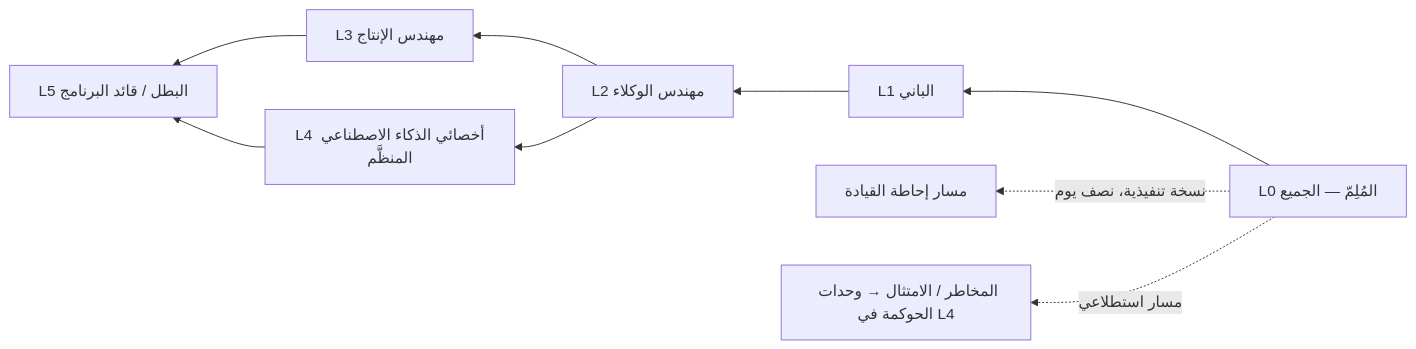
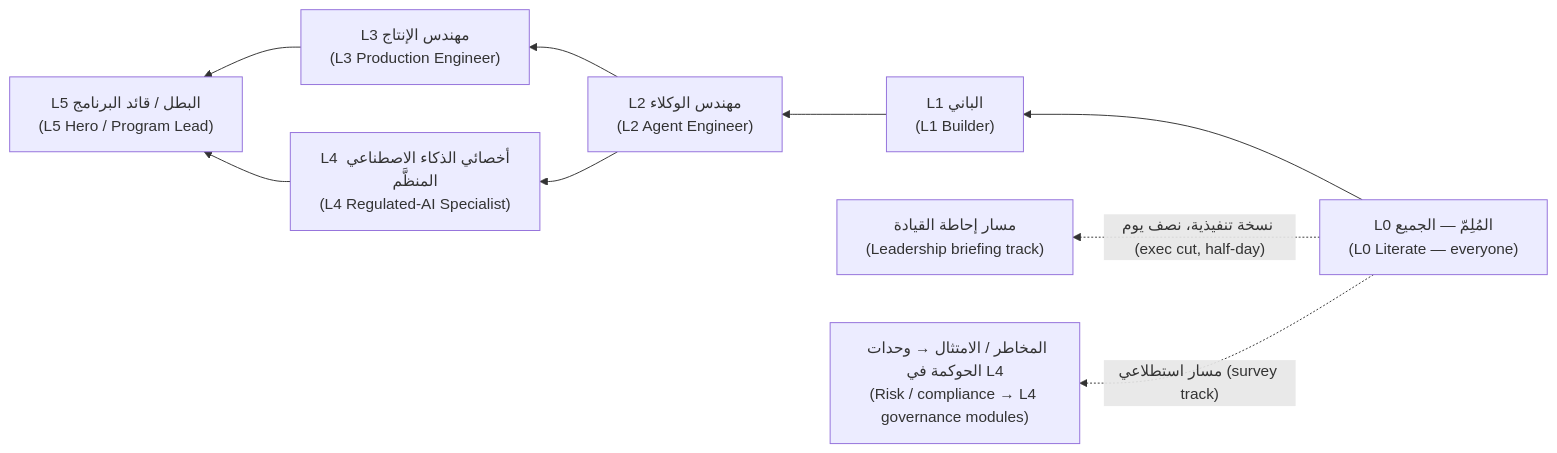
One commit to Tamoura/AI-agents changed the first of 10 diagrams in qdb-agent-framework/docs/LEARNING-PATH.ar.md. Above: the diagram before and after it, drawn with Mermaid. The commit also changed other lines of this file and 3 other files, not shown here.

First line of the commit message:
Arabic docs: English on every diagram label; rebuild Arabic HTML

````diff
--- a/qdb-agent-framework/docs/LEARNING-PATH.ar.md
+++ b/qdb-agent-framework/docs/LEARNING-PATH.ar.md
@@ -24,11 +24,11 @@
 ```mermaid
 flowchart RL
-    L0["L0 المُلِمّ — الجميع"] --> L1["L1 الباني"]
-    L1 --> L2["L2 مهندس الوكلاء"]
-    L2 --> L3["L3 مهندس الإنتاج"]
-    L2 --> L4["L4 أخصائي الذكاء الاصطناعي المنظَّم"]
-    L3 --> L5["L5 البطل / قائد البرنامج"]
+    L0["L0 المُلِمّ — الجميع<br/>(L0 Literate — everyone)"] --> L1["L1 الباني<br/>(L1 Builder)"]
+    L1 --> L2["L2 مهندس الوكلاء<br/>(L2 Agent Engineer)"]
+    L2 --> L3["L3 مهندس الإنتاج<br/>(L3 Production Engineer)"]
+    L2 --> L4["L4 أخصائي الذكاء الاصطناعي المنظَّم<br/>(L4 Regulated-AI Specialist)"]
+    L3 --> L5["L5 البطل / قائد البرنامج<br/>(L5 Hero / Program Lead)"]
     L4 --> L5
-    L0 -.->|"نسخة تنفيذية، نصف يوم"| EX["مسار إحاطة القيادة"]
-    L0 -.->|"مسار استطلاعي"| GOV["المخاطر / الامتثال → وحدات الحوكمة في L4"]
+    L0 -.->|"نسخة تنفيذية، نصف يوم (exec cut, half-day)"| EX["مسار إحاطة القيادة<br/>(Leadership briefing track)"]
+    L0 -.->|"مسار استطلاعي (survey track)"| GOV["المخاطر / الامتثال → وحدات الحوكمة في L4<br/>(Risk / compliance → L4 governance modules)"]
 ```
````
